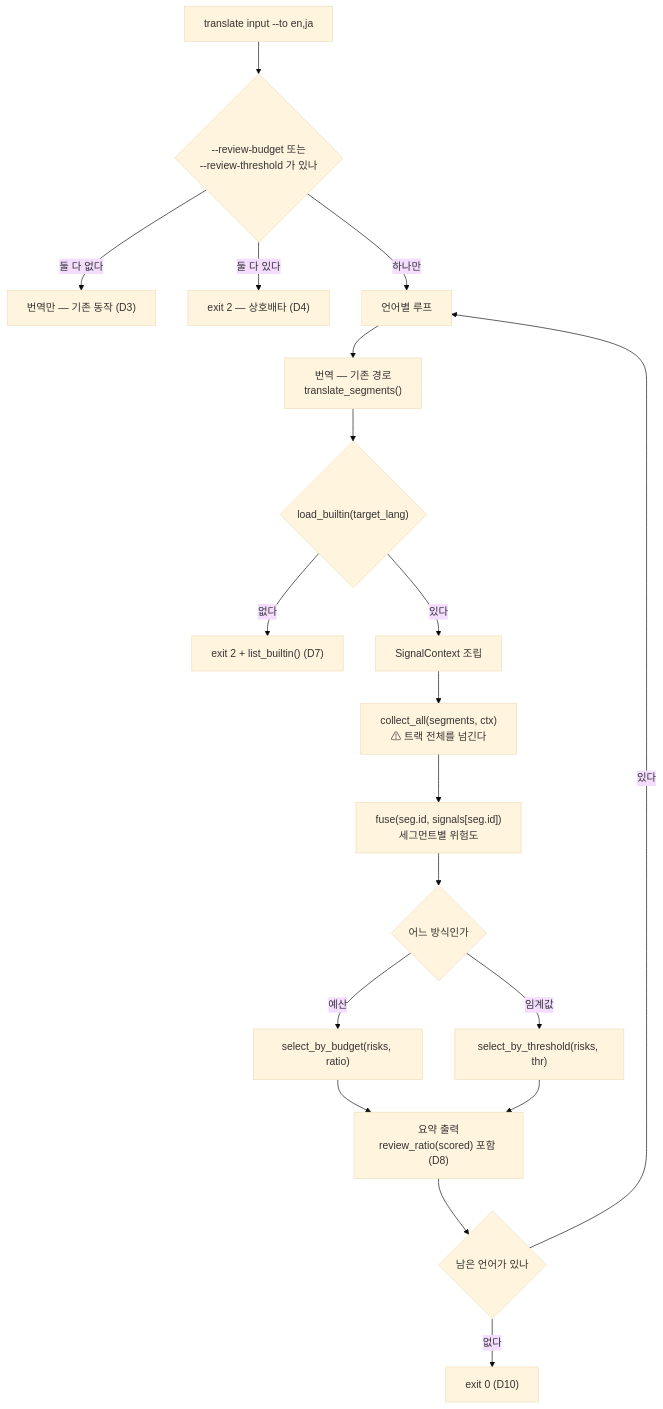
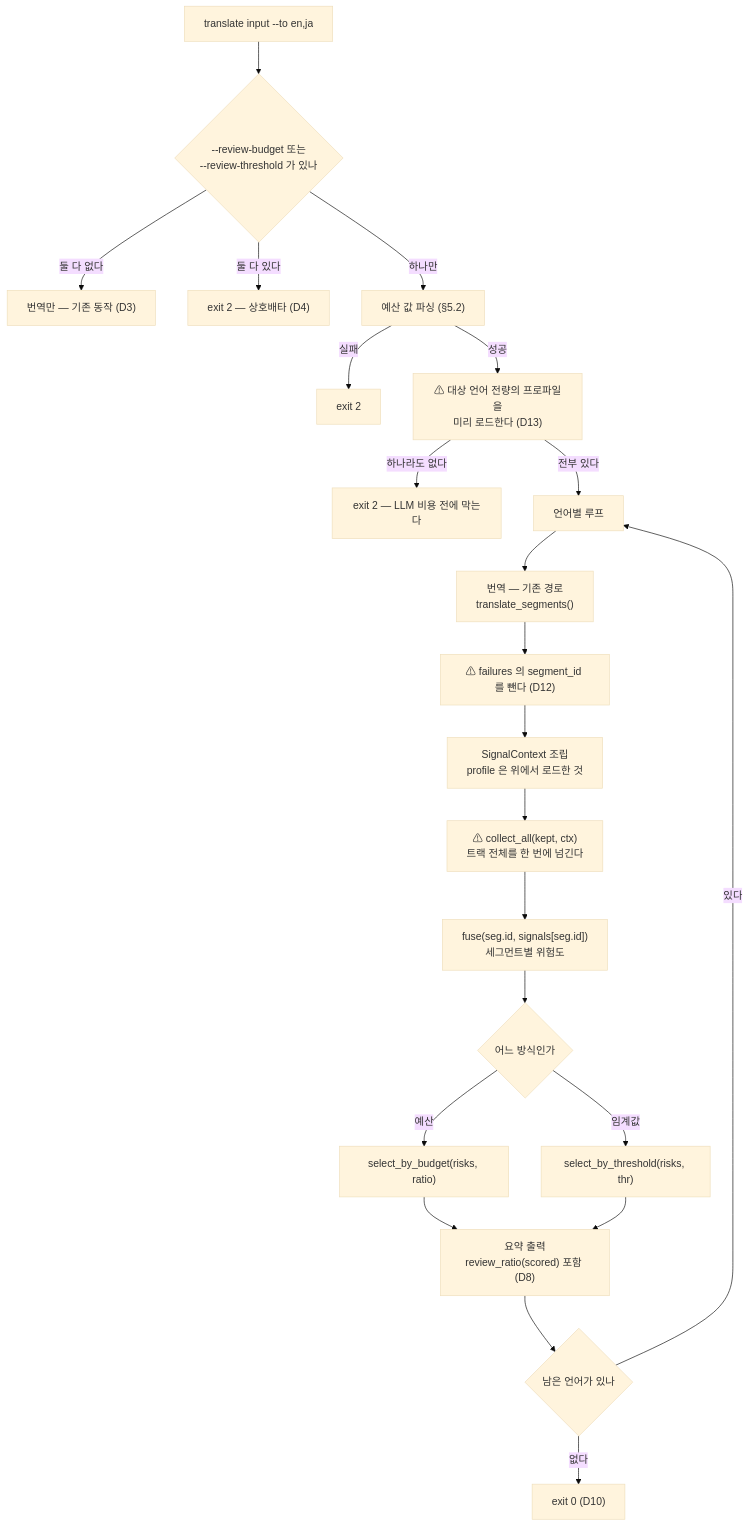
The second of 2 diagrams in docs/superpowers/specs/2026-08-18-triage-cli-design.md (withwooyong/cuesift), drawn with Mermaid (base theme) before and after one commit. The commit also changed other lines of this file, not shown here.

````diff
--- a/docs/superpowers/specs/2026-08-18-triage-cli-design.md
+++ b/docs/superpowers/specs/2026-08-18-triage-cli-design.md
@@ -169,21 +210,24 @@
 ```mermaid
 flowchart TD
     A["translate input --to en,ja"] --> B{"--review-budget 또는<br/>--review-threshold 가 있나"}
     B -->|둘 다 없다| C["번역만 — 기존 동작 (D3)"]
     B -->|둘 다 있다| D["exit 2 — 상호배타 (D4)"]
-    B -->|하나만| E["언어별 루프"]
+    B -->|하나만| P0["예산 값 파싱 (§5.2)"]
+    P0 -->|실패| D2["exit 2"]
+    P0 -->|성공| P1["⚠ 대상 언어 전량의 프로파일을<br/>미리 로드한다 (D13)"]
+    P1 -->|하나라도 없다| H["exit 2 — LLM 비용 전에 막는다"]
+    P1 -->|전부 있다| E["언어별 루프"]
     E --> F["번역 — 기존 경로<br/>translate_segments()"]
-    F --> G{"load_builtin(target_lang)"}
-    G -->|없다| H["exit 2 + list_builtin() (D7)"]
-    G -->|있다| I["SignalContext 조립"]
-    I --> J["collect_all(segments, ctx)<br/>⚠ 트랙 전체를 넘긴다"]
+    F --> X["⚠ failures 의 segment_id 를 뺀다 (D12)"]
+    X --> I["SignalContext 조립<br/>profile 은 위에서 로드한 것"]
+    I --> J["⚠ collect_all(kept, ctx)<br/>트랙 전체를 한 번에 넘긴다"]
     J --> K["fuse(seg.id, signals[seg.id])<br/>세그먼트별 위험도"]
     K --> L{"어느 방식인가"}
     L -->|예산| M["select_by_budget(risks, ratio)"]
     L -->|임계값| N["select_by_threshold(risks, thr)"]
     M --> O["요약 출력<br/>review_ratio(scored) 포함 (D8)"]
     N --> O
-    O --> P{"남은 언어가 있나"}
-    P -->|있다| E
-    P -->|없다| Q["exit 0 (D10)"]
+    O --> Q1{"남은 언어가 있나"}
+    Q1 -->|있다| E
+    Q1 -->|없다| Q["exit 0 (D10)"]
 ```
````
